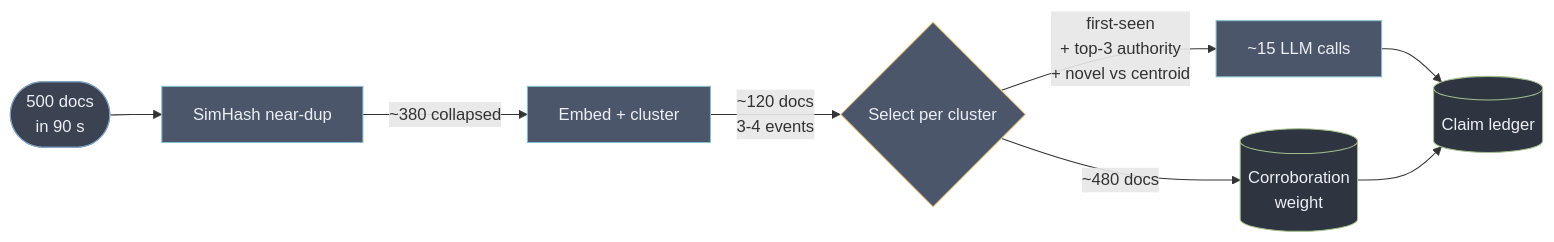
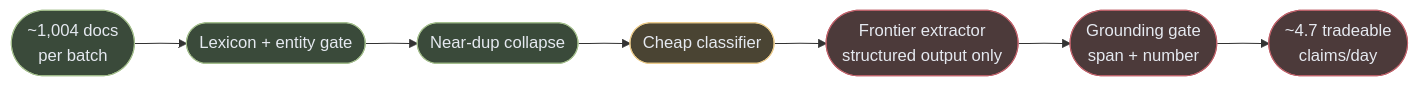
The second of 2 diagrams in docs/ARCHITECTURE.md (rppol/trading-agent), drawn with Mermaid before and after one commit. The commit also changed other lines of this file and 18 other files, not shown here.

````diff
--- a/docs/ARCHITECTURE.md
+++ b/docs/ARCHITECTURE.md
@@ -798,19 +130,15 @@
 ```mermaid
 flowchart LR
-    A(["500 docs<br/>in 90 s"]) --> B["SimHash near-dup"]
-    B -->|"~380 collapsed"| C["Embed + cluster"]
-    C -->|"~120 docs<br/>3-4 events"| D{"Select per cluster"}
-    D -->|"first-seen<br/>+ top-3 authority<br/>+ novel vs centroid"| E["~15 LLM calls"]
-    D -->|"~480 docs"| F[("Corroboration<br/>weight")]
-    E --> G[("Claim ledger")]
-    F --> G
-
-    classDef src fill:#3b4252,stroke:#81a1c1,color:#eceff4
-    classDef work fill:#4c566a,stroke:#88c0d0,color:#eceff4
-    classDef gate fill:#4c566a,stroke:#ebcb8b,color:#eceff4
-    classDef store fill:#2e3440,stroke:#a3be8c,color:#eceff4
-    class A src
-    class B,C,E work
-    class D gate
-    class F,G store
+  A([~1,004 docs<br/>per batch]) --> B([Lexicon + entity gate])
+  B --> C([Near-dup collapse])
+  C --> D([Cheap classifier])
+  D --> E([Frontier extractor<br/>structured output only])
+  E --> F([Grounding gate<br/>span + number])
+  F --> G([~4.7 tradeable<br/>claims/day])
+  classDef cheap fill:#3a4a3a,stroke:#a3be8c,color:#e5e9f0
+  classDef mid fill:#4a4433,stroke:#ebcb8b,color:#e5e9f0
+  classDef exp fill:#4c3a3a,stroke:#bf616a,color:#e5e9f0
+  class A,B,C cheap
+  class D mid
+  class E,F,G exp
 ```
````
